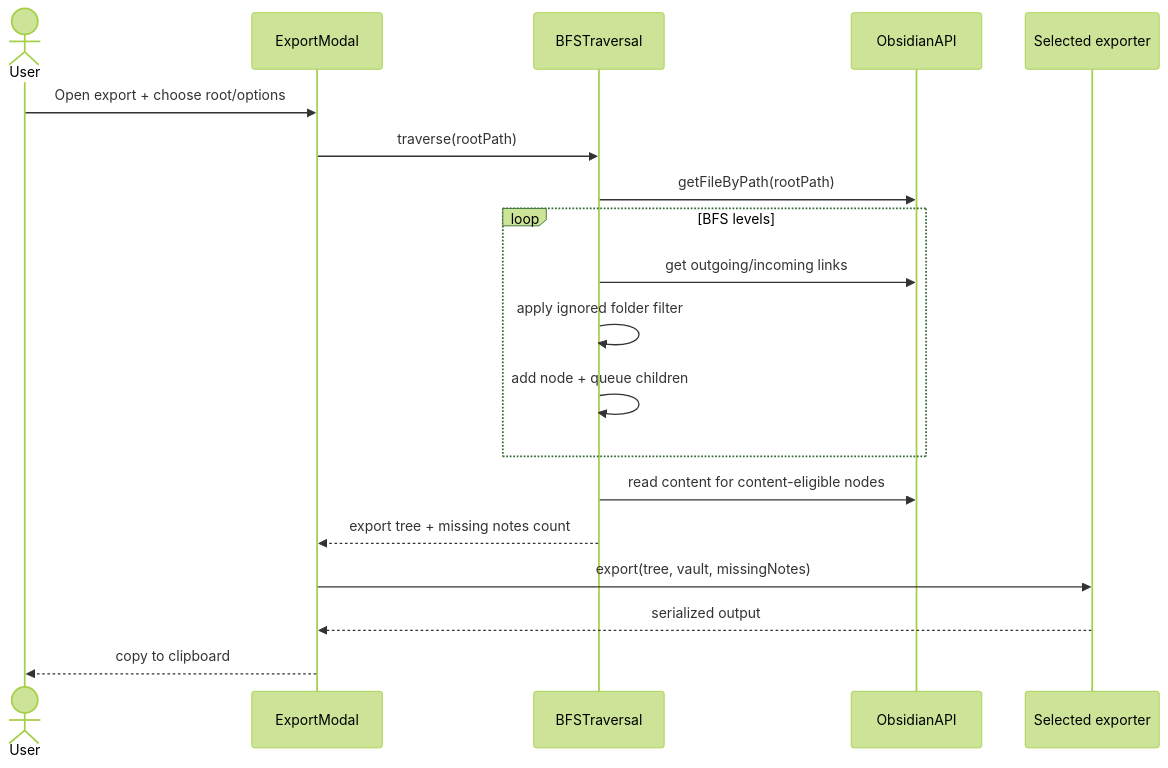
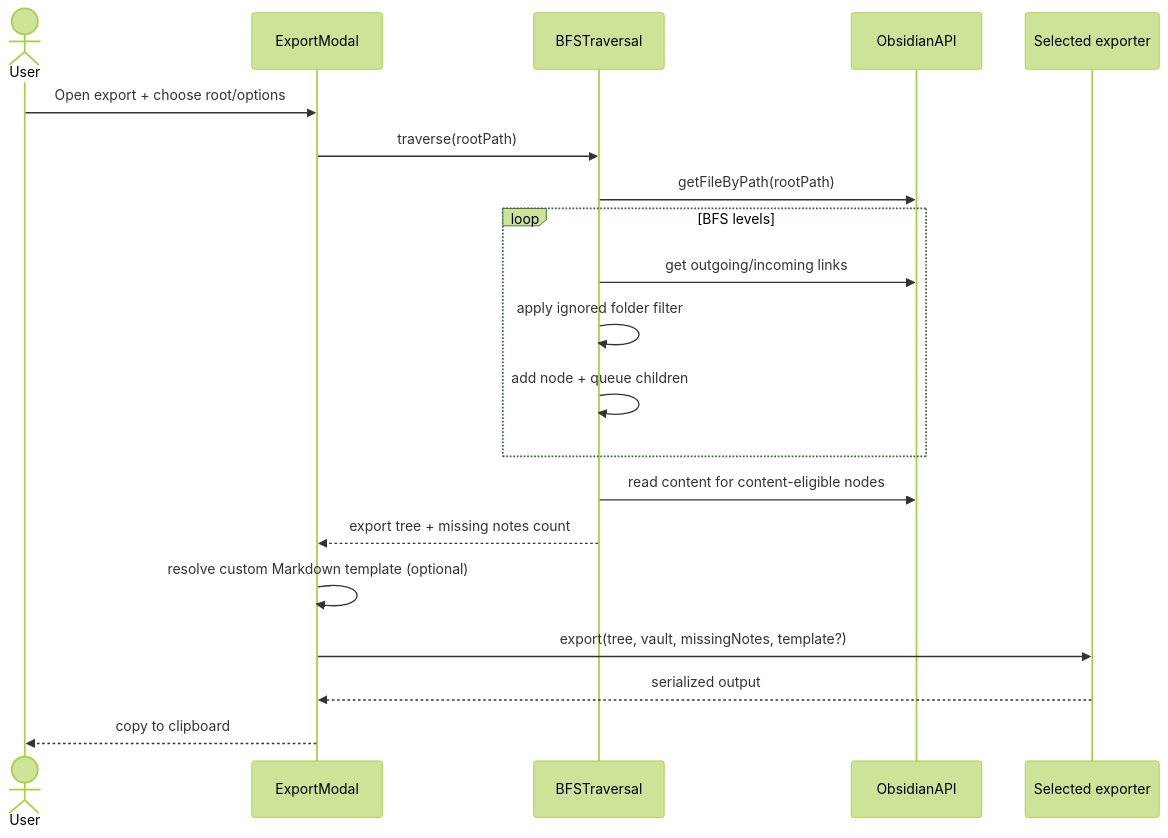
One commit to LittleHaku/obsidian-smart-export changed the first of 3 diagrams in docs/export-architecture.md. Above: the diagram before and after it, drawn with Mermaid (forest theme). The commit also changed other lines of this file and 21 other files, not shown here.

````diff
--- a/docs/export-architecture.md
+++ b/docs/export-architecture.md
@@ -20,22 +21,23 @@
 ```mermaid
 sequenceDiagram
     actor User
     participant Modal as ExportModal
     participant Traversal as BFSTraversal
     participant API as ObsidianAPI
     participant Exporter as Selected exporter
 
     User->>Modal: Open export + choose root/options
     Modal->>Traversal: traverse(rootPath)
     Traversal->>API: getFileByPath(rootPath)
     loop BFS levels
         Traversal->>API: get outgoing/incoming links
         Traversal->>Traversal: apply ignored folder filter
         Traversal->>Traversal: add node + queue children
     end
     Traversal->>API: read content for content-eligible nodes
     Traversal-->>Modal: export tree + missing notes count
-    Modal->>Exporter: export(tree, vault, missingNotes)
+    Modal->>Modal: resolve custom Markdown template (optional)
+    Modal->>Exporter: export(tree, vault, missingNotes, template?)
     Exporter-->>Modal: serialized output
     Modal-->>User: copy to clipboard
 ```
````
